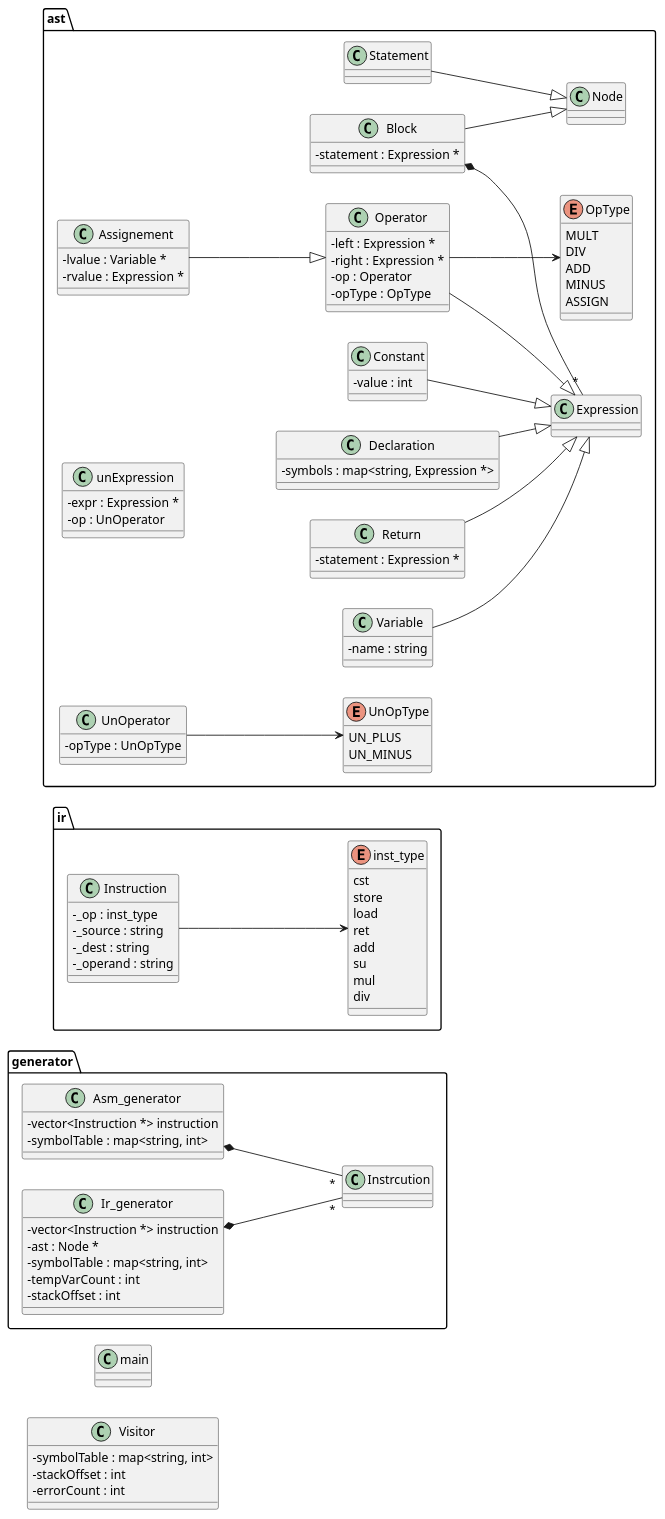
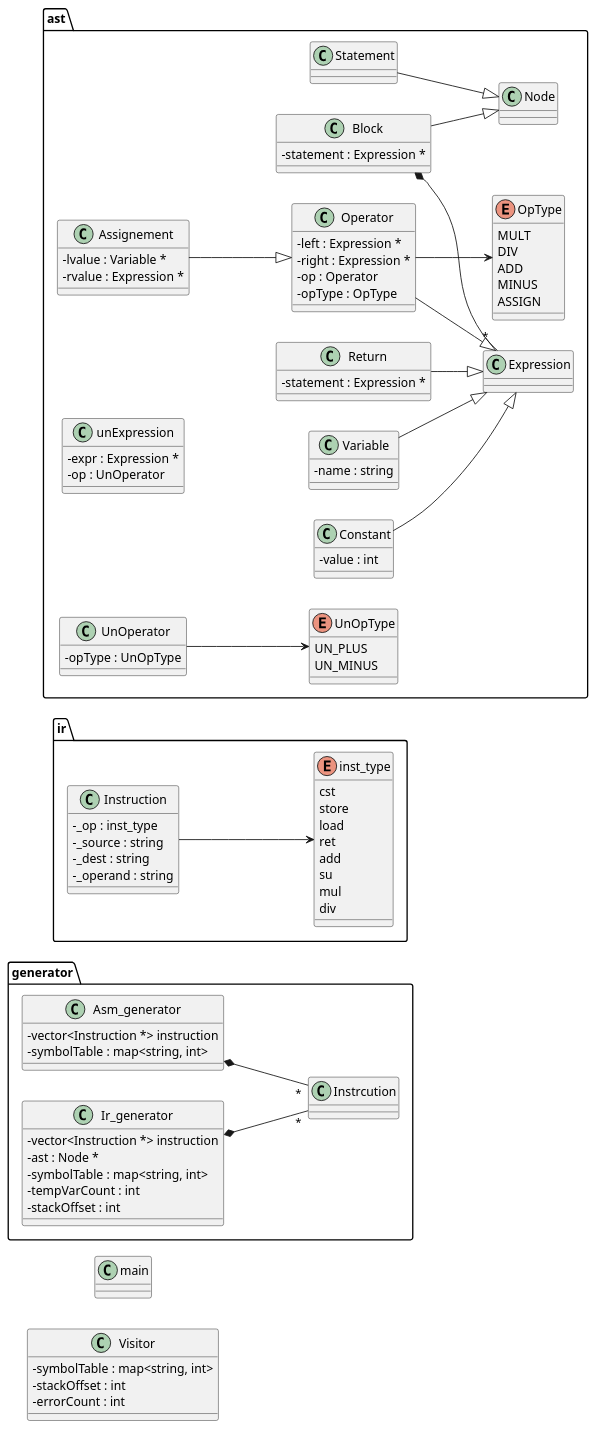
One commit to theochp/c-antlr-compiler changed the diagram in res/diagram.puml. Above: the diagram before and after it, drawn with PlantUML. The commit also changed 8 other files, not shown here.

```diff
--- a/res/diagram.puml
+++ b/res/diagram.puml
@@ -1,143 +1,138 @@
 @startuml
 skinparam classAttributeIconSize 0
 left to right direction
 
 package generator{
 
     Asm_generator *-- "*" Instrcution
 
     class Asm_generator{
         -vector<Instruction *> instruction
         -symbolTable : map<string, int>
     }
 
     
     Ir_generator *-- "*" Instrcution
 
     class Ir_generator{
         -vector<Instruction *> instruction
         -ast : Node *
         -symbolTable : map<string, int>
         -tempVarCount : int
         -stackOffset : int
     }
 
 }
 
 package ir{
 
     Instruction --> inst_type
 
     class Instruction{
         -_op : inst_type
         -_source : string
         -_dest : string
         -_operand : string
     }
 
     enum inst_type {
         cst
         store
         load
         ret
         add
         su
         mul
         div
     }
 }
 
 
 package ast{
 
     Statement --|> Node
     Assignement --|> Operator
     Block --|> Node
     Constant --|> Expression
-    Declaration --|> Expression
     Operator --|> Expression
     Return --|> Expression
     Variable --|> Expression
 
     Block *-- "*" Expression
     
     class Node{
         
     }
 
     class Assignement{
         -lvalue : Variable *
         -rvalue : Expression *
     }
     
     class Block{
         -statement : Expression *
     }
     
     class Constant{
         -value : int
-    }
-    
-    class Declaration{
-        -symbols : map<string, Expression *>
     }
     
     class Operator{
         -left : Expression *
         -right : Expression *
         -op : Operator
     }
     
     Operator --> OpType
     class Operator{
         -opType : OpType
     }
     
     enum OpType {
         MULT
         DIV
         ADD
         MINUS
         ASSIGN
     }
 
     
     class Return{
         -statement : Expression *
     }
     
     class unExpression{
         -expr : Expression *
         -op : UnOperator
     }
     UnOperator --> UnOpType
     class UnOperator{
         -opType : UnOpType
     }
 
     enum UnOpType{
         UN_PLUS
         UN_MINUS
     }
 
     class Expression{
         
     }
     
     class Variable{
         -name : string
     }
 
 }
     
 class Visitor{
     -symbolTable : map<string, int>
     -stackOffset : int
     -errorCount : int
 }
 
 class main{
 
 }
 
 @enduml
```
